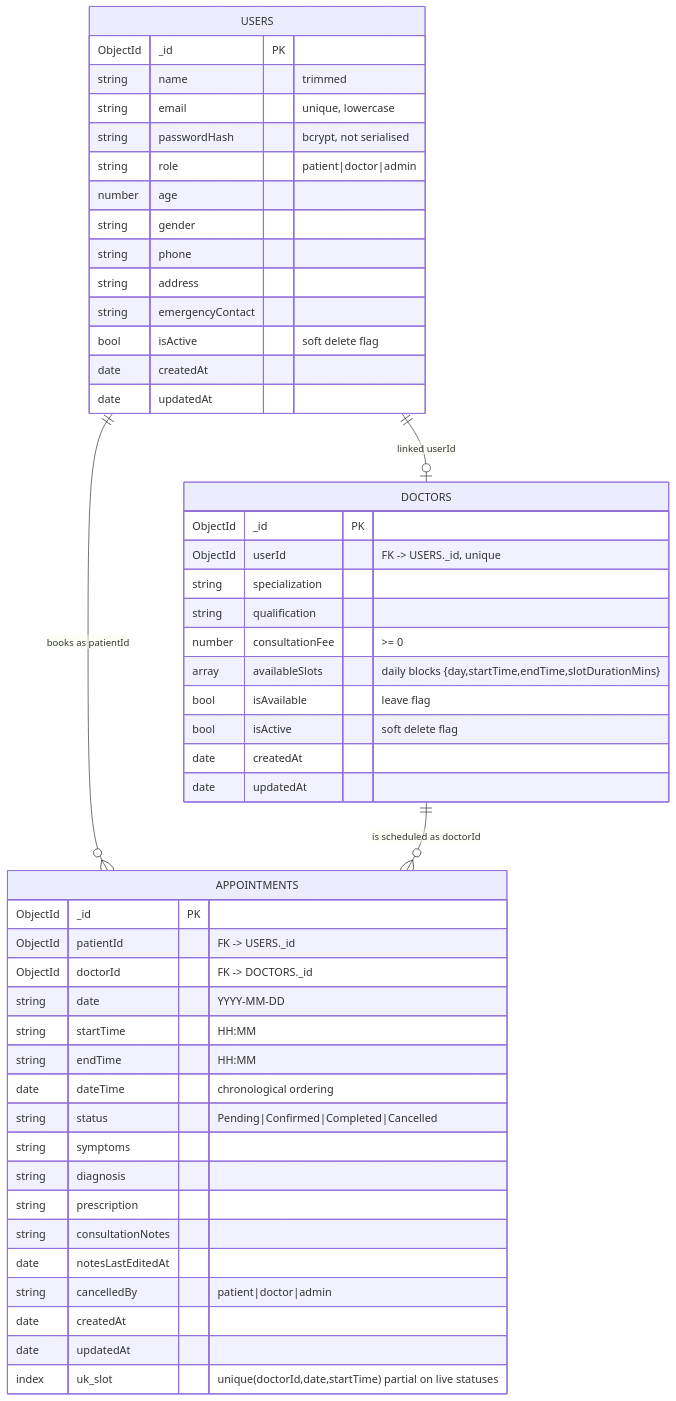
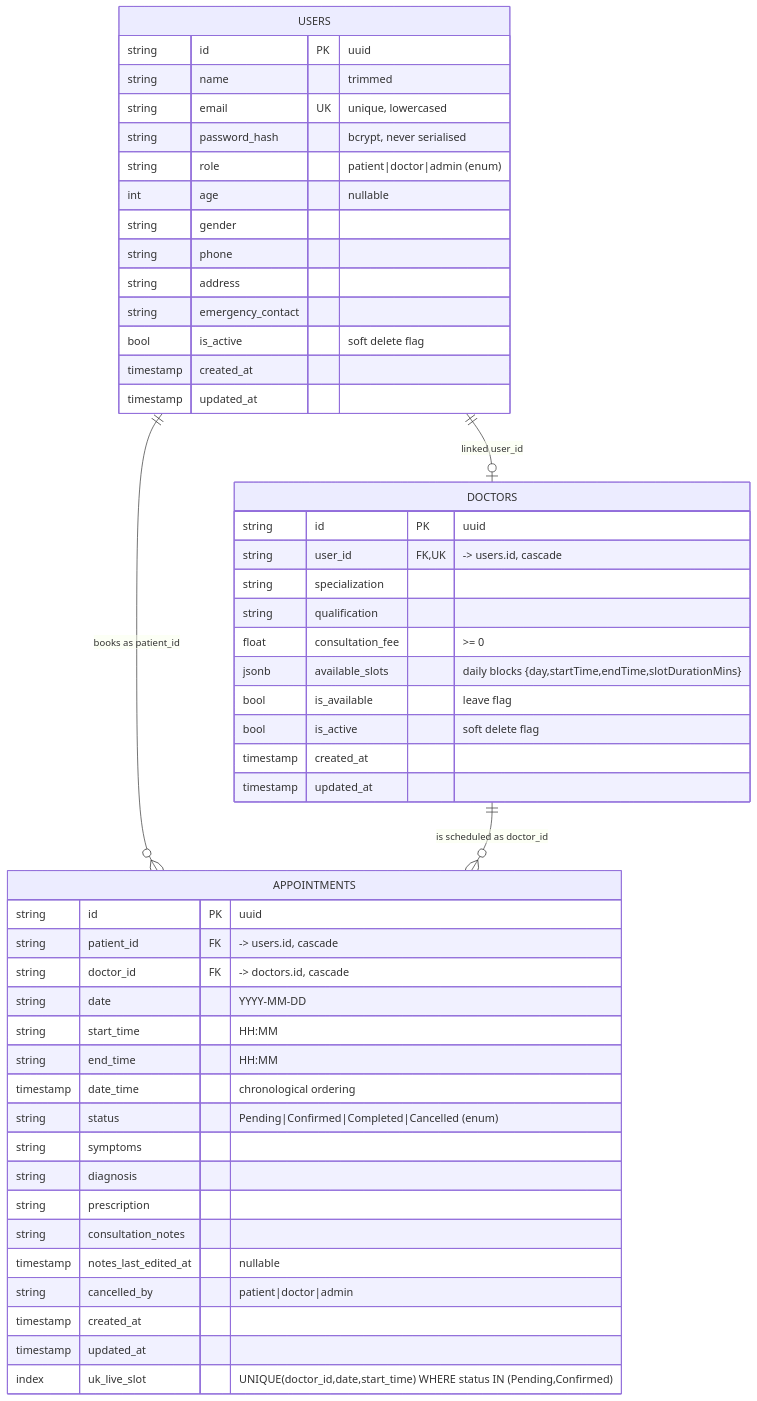
The diagram in docs/erd.md (Mugetsu-1/Hospital-Booking-System), drawn with Mermaid before and after one commit. The commit also changed other lines of this file and 28 other files, not shown here.

First line of the commit message:
docs: add ACHS lab report, class diagram and UI screenshots

````diff
--- a/docs/erd.md
+++ b/docs/erd.md
@@ -6,55 +9,55 @@
 ```mermaid
 erDiagram
-  USERS ||--o{ APPOINTMENTS : "books as patientId"
-  DOCTORS ||--o{ APPOINTMENTS : "is scheduled as doctorId"
-  USERS ||--o| DOCTORS : "linked userId"
+  USERS ||--o{ APPOINTMENTS : "books as patient_id"
+  DOCTORS ||--o{ APPOINTMENTS : "is scheduled as doctor_id"
+  USERS ||--o| DOCTORS : "linked user_id"
 
   USERS {
-    ObjectId _id PK
+    string id PK "uuid"
     string name "trimmed"
-    string email "unique, lowercase"
-    string passwordHash "bcrypt, not serialised"
-    string role "patient|doctor|admin"
-    number age
+    string email UK "unique, lowercased"
+    string password_hash "bcrypt, never serialised"
+    string role "patient|doctor|admin (enum)"
+    int age "nullable"
     string gender
     string phone
     string address
-    string emergencyContact
-    bool isActive "soft delete flag"
-    date createdAt
-    date updatedAt
+    string emergency_contact
+    bool is_active "soft delete flag"
+    timestamp created_at
+    timestamp updated_at
   }
 
   DOCTORS {
-    ObjectId _id PK
-    ObjectId userId "FK -> USERS._id, unique"
+    string id PK "uuid"
+    string user_id FK,UK "-> users.id, cascade"
     string specialization
     string qualification
-    number consultationFee ">= 0"
-    array availableSlots "daily blocks {day,startTime,endTime,slotDurationMins}"
-    bool isAvailable "leave flag"
-    bool isActive "soft delete flag"
-    date createdAt
-    date updatedAt
+    float consultation_fee ">= 0"
+    jsonb available_slots "daily blocks {day,startTime,endTime,slotDurationMins}"
+    bool is_available "leave flag"
+    bool is_active "soft delete flag"
+    timestamp created_at
+    timestamp updated_at
   }
 
   APPOINTMENTS {
-    ObjectId _id PK
-    ObjectId patientId "FK -> USERS._id"
-    ObjectId doctorId "FK -> DOCTORS._id"
+    string id PK "uuid"
+    string patient_id FK "-> users.id, cascade"
+    string doctor_id FK "-> doctors.id, cascade"
     string date "YYYY-MM-DD"
-    string startTime "HH:MM"
-    string endTime "HH:MM"
-    date dateTime "chronological ordering"
-    string status "Pending|Confirmed|Completed|Cancelled"
+    string start_time "HH:MM"
+    string end_time "HH:MM"
+    timestamp date_time "chronological ordering"
+    string status "Pending|Confirmed|Completed|Cancelled (enum)"
     string symptoms
     string diagnosis
     string prescription
-    string consultationNotes
-    date notesLastEditedAt
-    string cancelledBy "patient|doctor|admin"
-    date createdAt
-    date updatedAt
-    index uk_slot "unique(doctorId,date,startTime) partial on live statuses"
+    string consultation_notes
+    timestamp notes_last_edited_at "nullable"
+    string cancelled_by "patient|doctor|admin"
+    timestamp created_at
+    timestamp updated_at
+    index uk_live_slot "UNIQUE(doctor_id,date,start_time) WHERE status IN (Pending,Confirmed)"
   }
 ```
````
